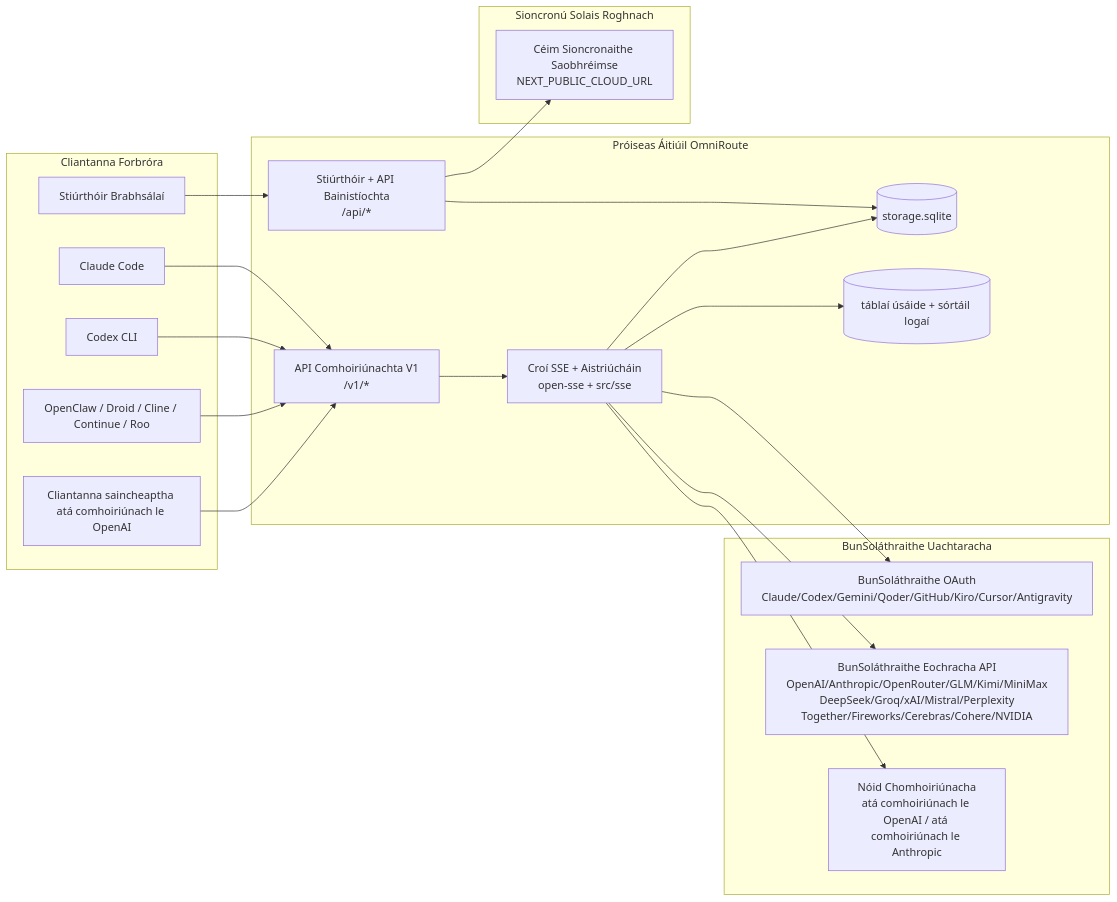
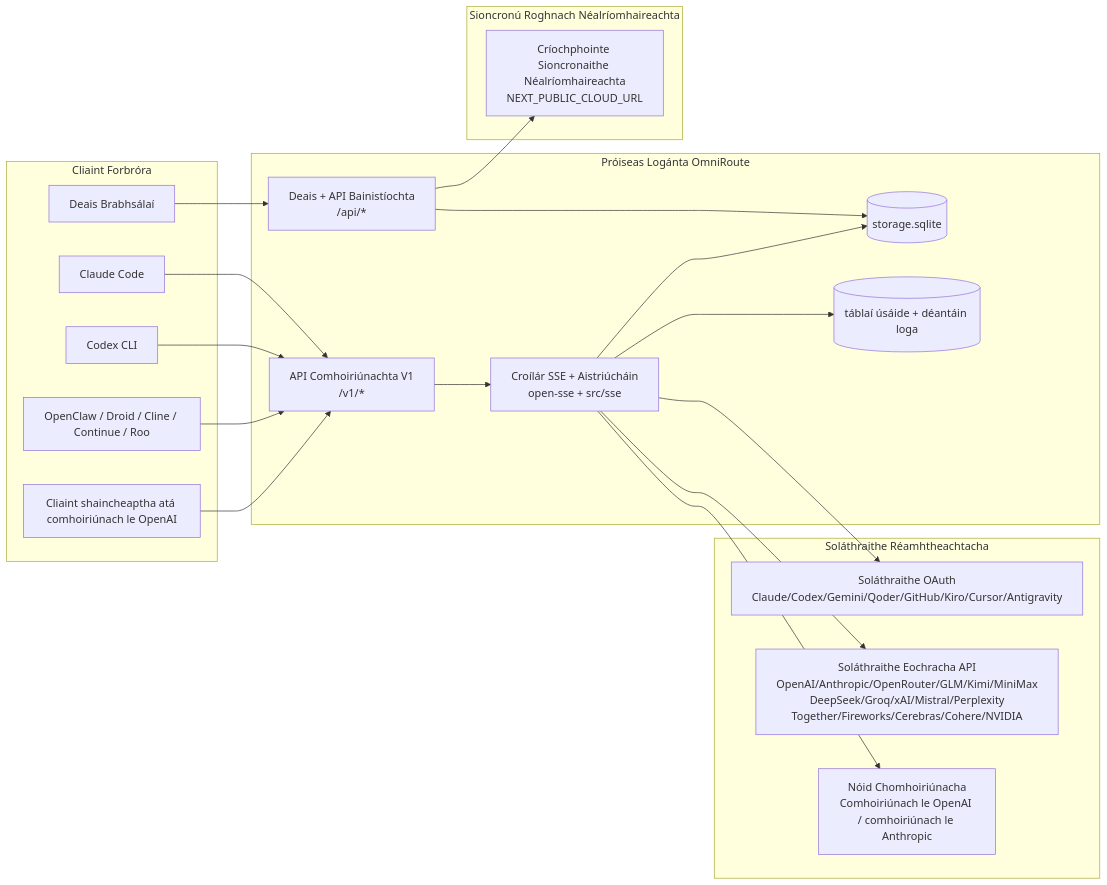
The first of 7 diagrams in docs/i18n/ga/docs/architecture/ARCHITECTURE.md (Abhijeet1520/OmniRoute), drawn with Mermaid before and after one commit. The commit also changed other lines of this file and 1154 other files, not shown here.

````diff
--- a/docs/i18n/ga/docs/architecture/ARCHITECTURE.md
+++ b/docs/i18n/ga/docs/architecture/ARCHITECTURE.md
@@ -166,45 +157,45 @@
 ```mermaid
 flowchart LR
-    subgraph Clients[Cliantanna Forbróra]
+    subgraph Clients[Cliaint Forbróra]
         C1[Claude Code]
         C2[Codex CLI]
         C3[OpenClaw / Droid / Cline / Continue / Roo]
-        C4[Cliantanna saincheaptha atá comhoiriúnach le OpenAI]
-        BROWSER[Stiúrthóir Brabhsálaí]
+        C4[Cliaint shaincheaptha atá comhoiriúnach le OpenAI]
+        BROWSER[Deais Brabhsálaí]
     end
 
-    subgraph Router[Próiseas Áitiúil OmniRoute]
+    subgraph Router[Próiseas Logánta OmniRoute]
         API[API Comhoiriúnachta V1\n/v1/*]
-        DASH[Stiúrthóir + API Bainistíochta\n/api/*]
-        CORE[Croí SSE + Aistriúcháin\nopen-sse + src/sse]
+        DASH[Deais + API Bainistíochta\n/api/*]
+        CORE[Croílár SSE + Aistriúcháin\nopen-sse + src/sse]
         DB[(storage.sqlite)]
-        UDB[(táblaí úsáide + sórtáil logaí)]
+        UDB[(táblaí úsáide + déantáin loga)]
     end
 
-    subgraph Upstreams[BunSoláthraithe Uachtaracha]
-        P1[BunSoláthraithe OAuth\nClaude/Codex/Gemini/Qoder/GitHub/Kiro/Cursor/Antigravity]
-        P2[BunSoláthraithe Eochracha API\nOpenAI/Anthropic/OpenRouter/GLM/Kimi/MiniMax\nDeepSeek/Groq/xAI/Mistral/Perplexity\nTogether/Fireworks/Cerebras/Cohere/NVIDIA]
-        P3[Nóid Chomhoiriúnacha\natá comhoiriúnach le OpenAI / atá comhoiriúnach le Anthropic]
+    subgraph Upstreams[Soláthraithe Réamhtheachtacha]
+        P1[Soláthraithe OAuth\nClaude/Codex/Gemini/Qoder/GitHub/Kiro/Cursor/Antigravity]
+        P2[Soláthraithe Eochracha API\nOpenAI/Anthropic/OpenRouter/GLM/Kimi/MiniMax\nDeepSeek/Groq/xAI/Mistral/Perplexity\nTogether/Fireworks/Cerebras/Cohere/NVIDIA]
+        P3[Nóid Chomhoiriúnacha\nComhoiriúnach le OpenAI / comhoiriúnach le Anthropic]
     end
 
-    subgraph Cloud[Sioncronú Solais Roghnach]
-        CLOUD[Céim Sioncronaithe Saobhréimse\nNEXT_PUBLIC_CLOUD_URL]
+    subgraph Cloud[Sioncronú Roghnach Néalríomhaireachta]
+        CLOUD[Críochphointe Sioncronaithe Néalríomhaireachta\nNEXT_PUBLIC_CLOUD_URL]
     end
 
     C1 --> API
     C2 --> API
     C3 --> API
     C4 --> API
     BROWSER --> DASH
 
     API --> CORE
     DASH --> DB
     CORE --> DB
     CORE --> UDB
 
     CORE --> P1
     CORE --> P2
     CORE --> P3
 
     DASH --> CLOUD
 ```
````
